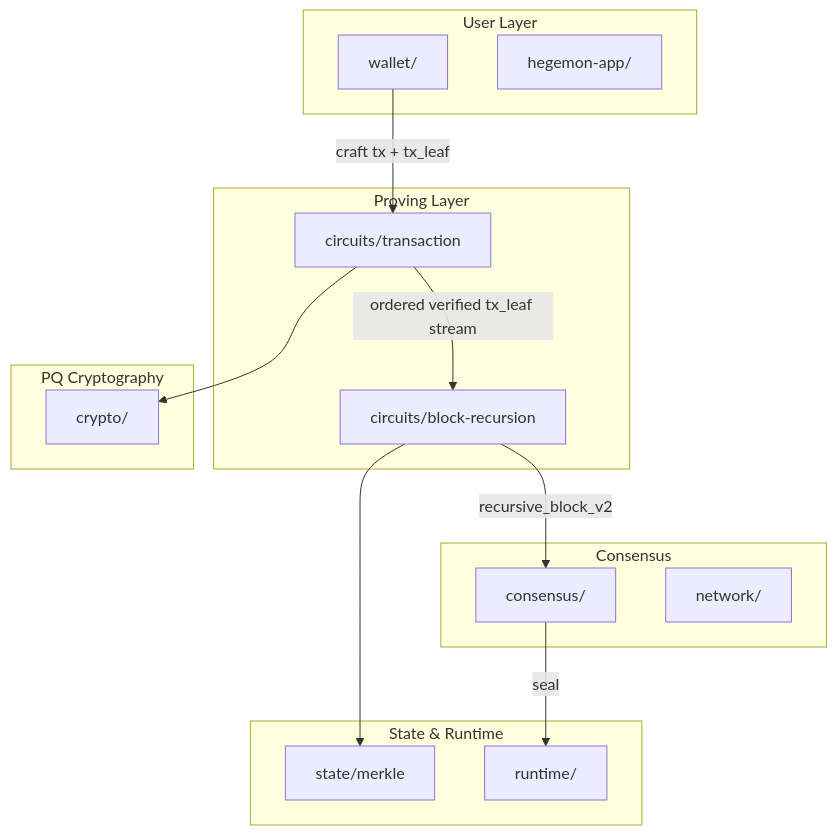
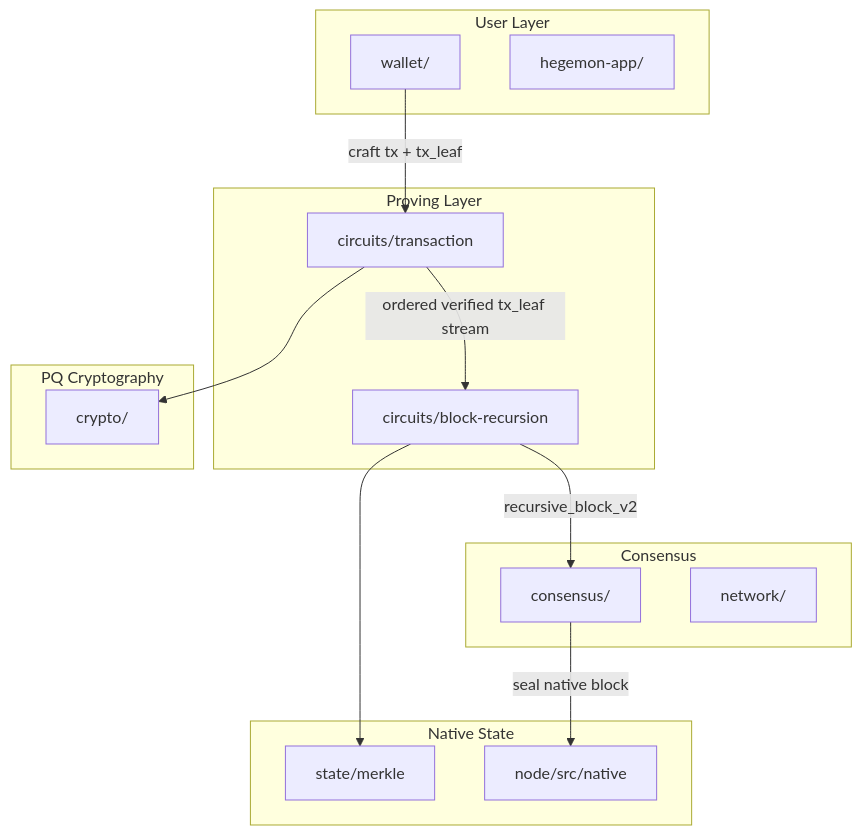
One commit to Pauli-Group/Hegemon changed the first of 2 diagrams in README.md. Above: the diagram before and after it, drawn with Mermaid. The commit also changed other lines of this file and 224 other files, not shown here.

````diff
--- a/README.md
+++ b/README.md
@@ -27,33 +27,33 @@
 ```mermaid
 flowchart TB
     subgraph User["User Layer"]
         W[wallet/]
         UI[hegemon-app/]
     end
 
     subgraph Proving["Proving Layer"]
         CT[circuits/transaction]
         BR[circuits/block-recursion]
     end
 
     subgraph Crypto["PQ Cryptography"]
         CR[crypto/]
     end
 
     subgraph Consensus["Consensus"]
         CON[consensus/]
         NET[network/]
     end
 
-    subgraph State["State & Runtime"]
+    subgraph State["Native State"]
         SM[state/merkle]
-        RT[runtime/]
+        NN[node/src/native]
     end
 
     W -->|craft tx + tx_leaf| CT
     CT -->|ordered verified tx_leaf stream| BR
     BR -->|recursive_block_v2| CON
-    CON -->|seal| RT
+    CON -->|seal native block| NN
     CT --> CR
     BR --> SM
 ```
````
